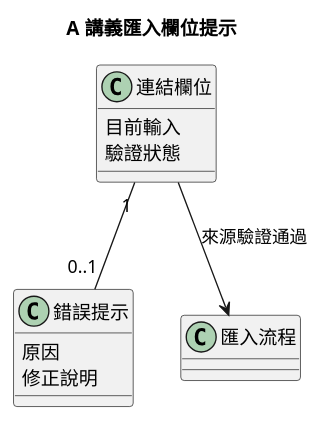
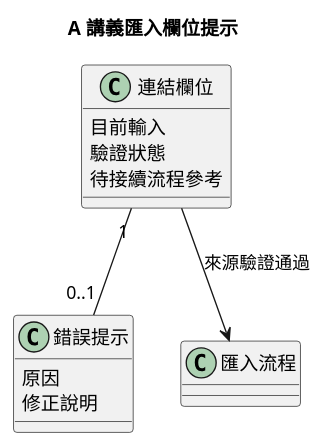
The diagram in diagrams/010-import-class.puml (Afra0704/se2026-group20-speckit), drawn with PlantUML before and after one commit. The commit also changed 41 other files, not shown here.

```diff
--- a/diagrams/010-import-class.puml
+++ b/diagrams/010-import-class.puml
@@ -1,14 +1,15 @@
 @startuml
 title A 講義匯入欄位提示
 class "連結欄位" as Field {
   目前輸入
   驗證狀態
+  待接續流程參考
 }
 class "錯誤提示" as Error {
   原因
   修正說明
 }
 class "匯入流程" as Flow
 Field "1" -- "0..1" Error
 Field --> Flow : 來源驗證通過
 @enduml
```
